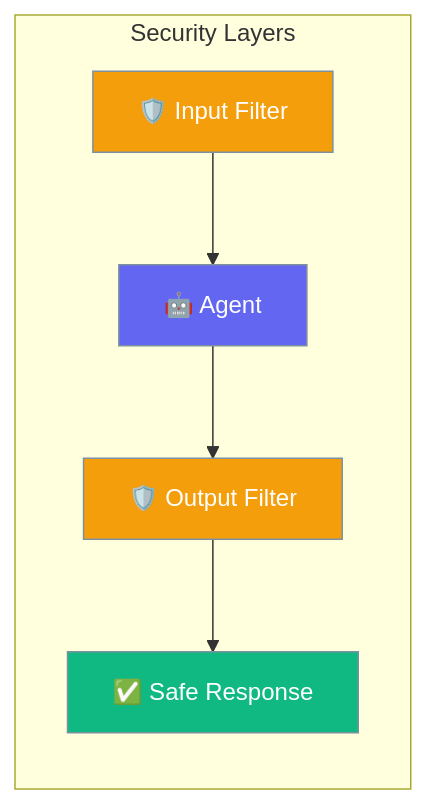
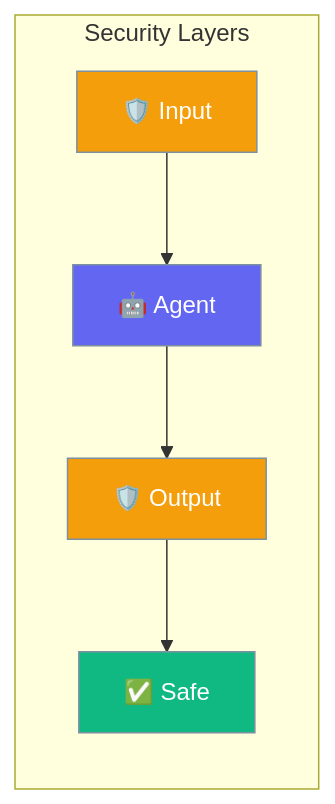
The first of 2 diagrams in docs/js/security.mdx (MervinPraison/PraisonAIDocs), drawn with Mermaid before and after one commit. The commit also changed other lines of this file and 30 other files, not shown here.

````diff
--- a/docs/js/security.mdx
+++ b/docs/js/security.mdx
@@ -10,16 +10,16 @@
 ```mermaid
 graph LR
     subgraph "Security Layers"
-        A[🛡️ Input Filter] --> B[🤖 Agent]
-        B --> C[🛡️ Output Filter]
-        C --> D[✅ Safe Response]
+        A[🛡️ Input] --> B[🤖 Agent]
+        B --> C[🛡️ Output]
+        C --> D[✅ Safe]
     end
     
     classDef filter fill:#F59E0B,stroke:#7C90A0,color:#fff
     classDef agent fill:#6366F1,stroke:#7C90A0,color:#fff
     classDef safe fill:#10B981,stroke:#7C90A0,color:#fff
     
     class A,C filter
     class B agent
     class D safe
 ```
````
